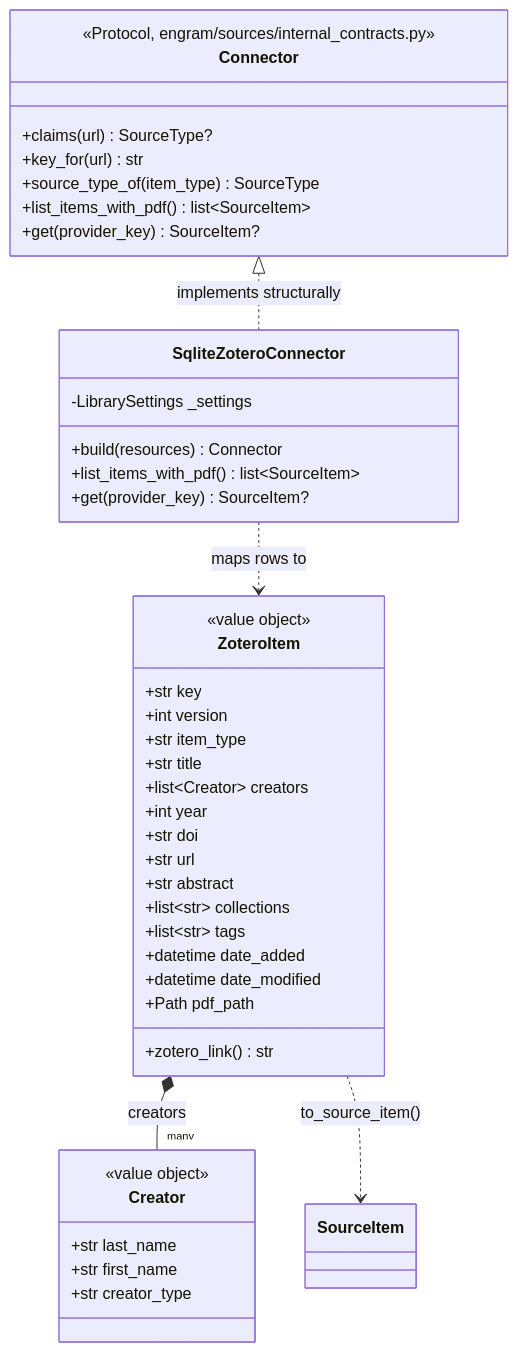
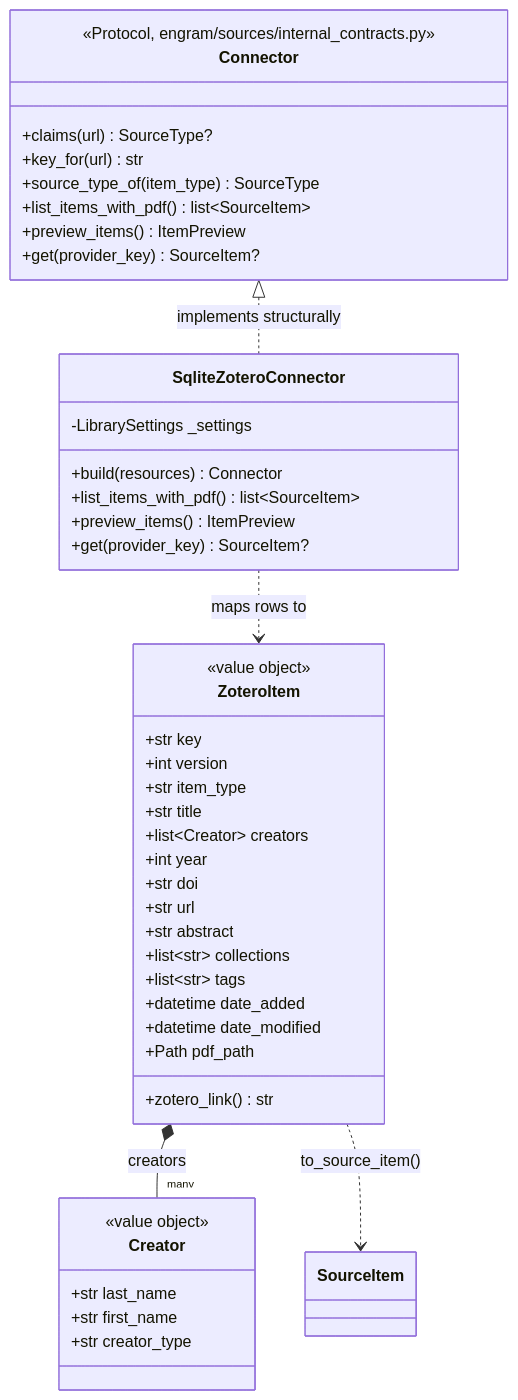
One commit to BucketHeadP65/ai-studio changed the fifth of 25 diagrams in engram/docs/architecture/architecture.md. Above: the diagram before and after it, drawn with Mermaid. The commit also changed other lines of this file and 25 other files, not shown here.

````diff
--- a/engram/docs/architecture/architecture.md
+++ b/engram/docs/architecture/architecture.md
@@ -370,46 +370,48 @@
 ```mermaid
 classDiagram
     class ZoteroItem {
         <<value object>>
         +str key
         +int version
         +str item_type
         +str title
         +list~Creator~ creators
         +int year
         +str doi
         +str url
         +str abstract
         +list~str~ collections
         +list~str~ tags
         +datetime date_added
         +datetime date_modified
         +Path pdf_path
         +zotero_link() str
     }
     class Creator {
         <<value object>>
         +str last_name
         +str first_name
         +str creator_type
     }
     class Connector {
         <<Protocol, engram/sources/internal_contracts.py>>
         +claims(url) SourceType?
         +key_for(url) str
         +source_type_of(item_type) SourceType
         +list_items_with_pdf() list~SourceItem~
+        +preview_items() ItemPreview
         +get(provider_key) SourceItem?
     }
     class SqliteZoteroConnector {
         -LibrarySettings _settings
         +build(resources) Connector
         +list_items_with_pdf() list~SourceItem~
+        +preview_items() ItemPreview
         +get(provider_key) SourceItem?
     }
 
     ZoteroItem *-- "many" Creator : creators
     SqliteZoteroConnector ..> ZoteroItem : maps rows to
     ZoteroItem ..> SourceItem : to_source_item()
     Connector <|.. SqliteZoteroConnector : implements structurally
 ```
````
